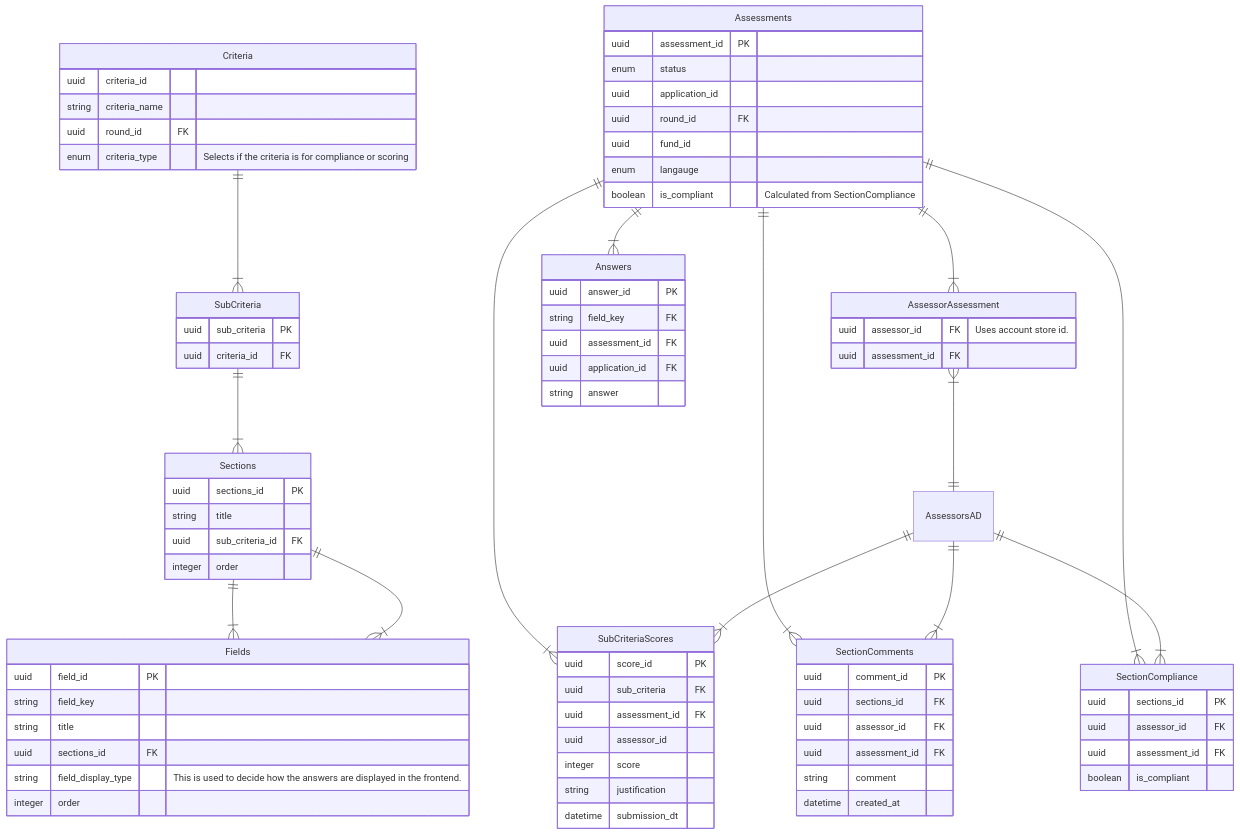
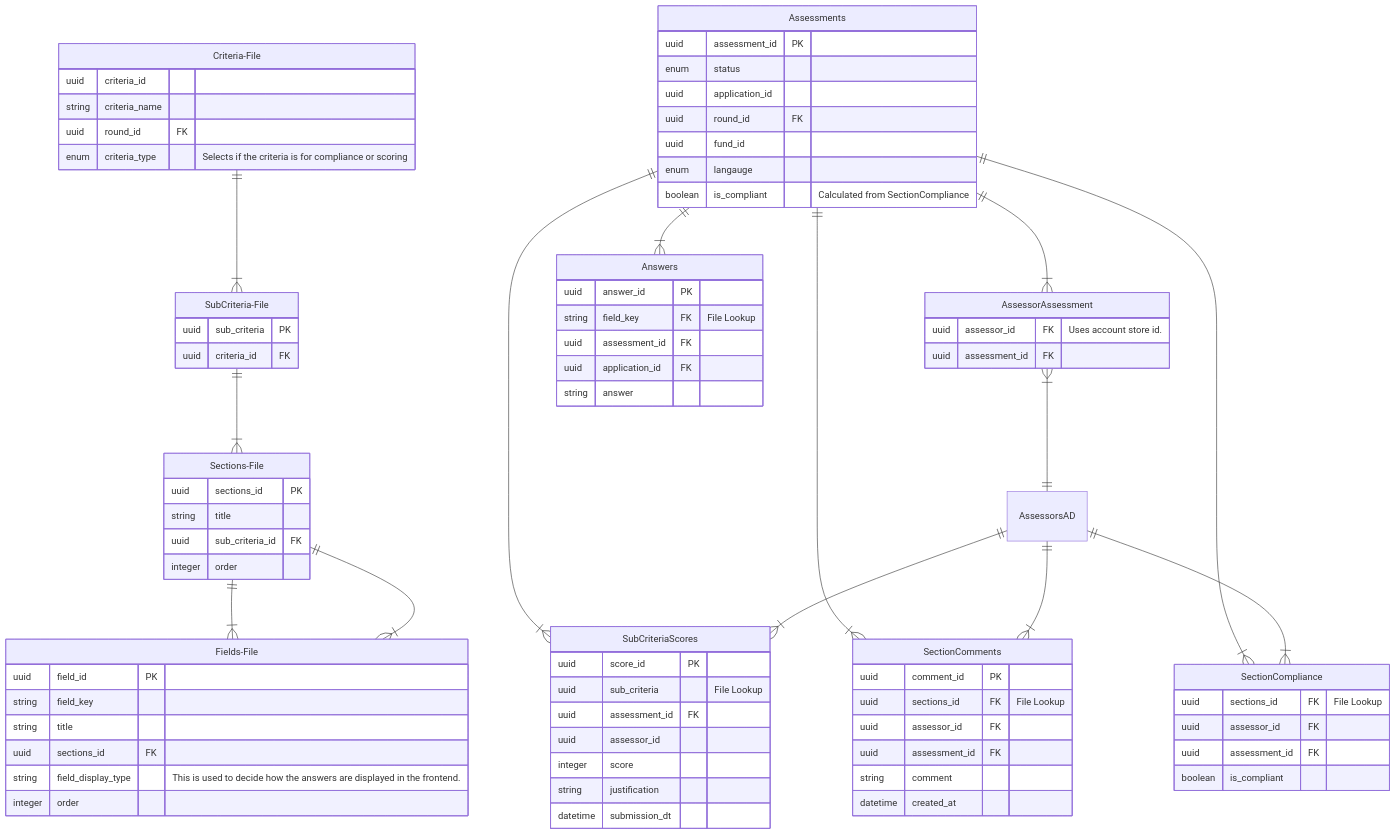
One commit to communitiesuk/funding-service-design-assessment-store changed the diagram in diagrams/db_diagram.md. Above: the diagram before and after it, drawn with Mermaid.

````diff
--- a/diagrams/db_diagram.md
+++ b/diagrams/db_diagram.md
@@ -1,10 +1,10 @@
 ```mermaid
 erDiagram
-	SubCriteria {
+	SubCriteria-File {
 		uuid sub_criteria PK
 		uuid criteria_id FK
 	}
-	Criteria {
+	Criteria-File {
 		uuid criteria_id
 		string criteria_name
 		uuid round_id FK
@@ -23,13 +23,13 @@
 		enum langauge 
 		boolean is_compliant  "Calculated from SectionCompliance"
 	}
-	Sections {
+	Sections-File {
 		uuid sections_id PK
 		string title
 		uuid sub_criteria_id FK		
 		integer order
 	}
-	Fields {
+	Fields-File {
 		uuid field_id PK
 		string field_key
 		string title
@@ -39,14 +39,14 @@
 	}
 	Answers {
 		uuid answer_id PK
-		string field_key FK
+		string field_key FK "File Lookup"
 		uuid assessment_id FK
 		uuid application_id FK
 		string answer
 	}
 	SubCriteriaScores {
 		uuid score_id PK
-		uuid sub_criteria FK
+		uuid sub_criteria  "File Lookup"
 		uuid assessment_id FK
 		uuid assessor_id
 		integer score
@@ -54,14 +54,14 @@
 		datetime submission_dt
 	}
 	SectionCompliance {
-		uuid sections_id PK
+		uuid sections_id FK "File Lookup"
 		uuid assessor_id FK
 		uuid assessment_id FK
 		boolean is_compliant
 	}
 	SectionComments {
 		uuid comment_id PK
-		uuid sections_id FK
+		uuid sections_id FK "File Lookup"
 		uuid assessor_id FK
 		uuid assessment_id FK
 		string comment
@@ -79,9 +79,9 @@
 	AssessorsAD ||--|{ SectionCompliance : ""
 	AssessorAssessment }|--|| AssessorsAD : ""
 	
-	Criteria ||--|{ SubCriteria : ""
-	SubCriteria ||--|{ Sections : ""
-	Sections ||--|{ Fields : ""
-	Sections ||--|{ Fields : ""
+	Criteria-File ||--|{ SubCriteria-File : ""
+	SubCriteria-File ||--|{ Sections-File : ""
+	Sections-File ||--|{ Fields-File : ""
+	Sections-File ||--|{ Fields-File : ""
 
 ```
````
